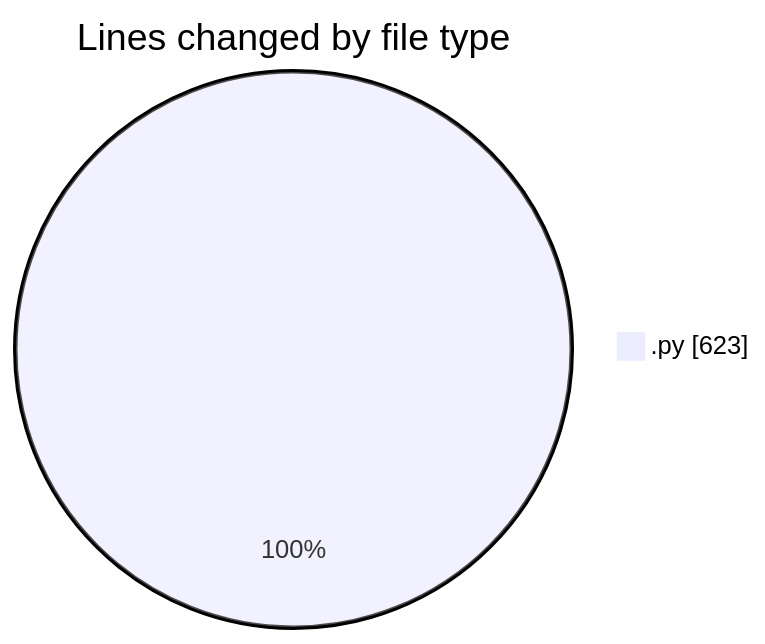
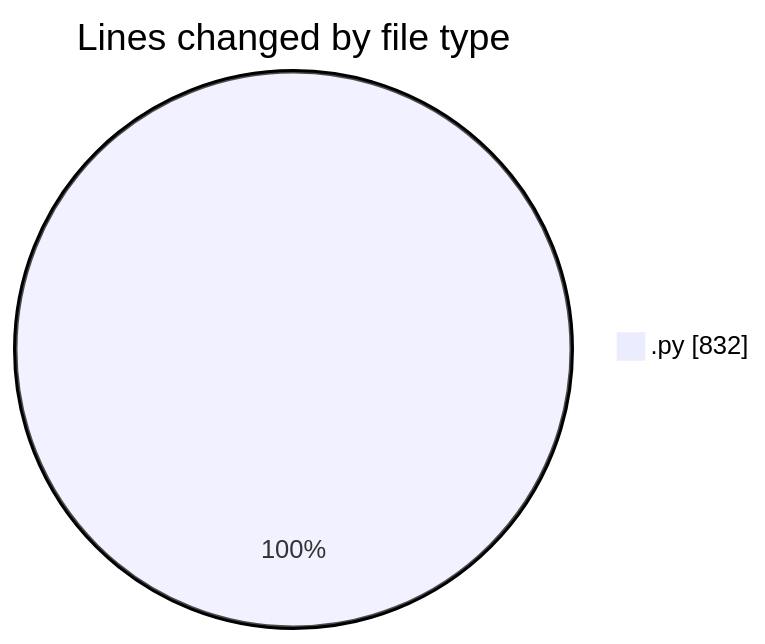
One commit to Ritupan-Deka/code-tracking changed the first of 2 diagrams in 2025-01-20/projects/README.md. Above: the diagram before and after it, drawn with Mermaid. The commit also changed other lines of this file and 1 other file, not shown here.

````diff
--- a/2025-01-20/projects/README.md
+++ b/2025-01-20/projects/README.md
@@ -20,5 +20,5 @@
 ```mermaid
 pie showData
 title Lines changed by file type
-".py" : 623
+".py" : 832
 ```
````
